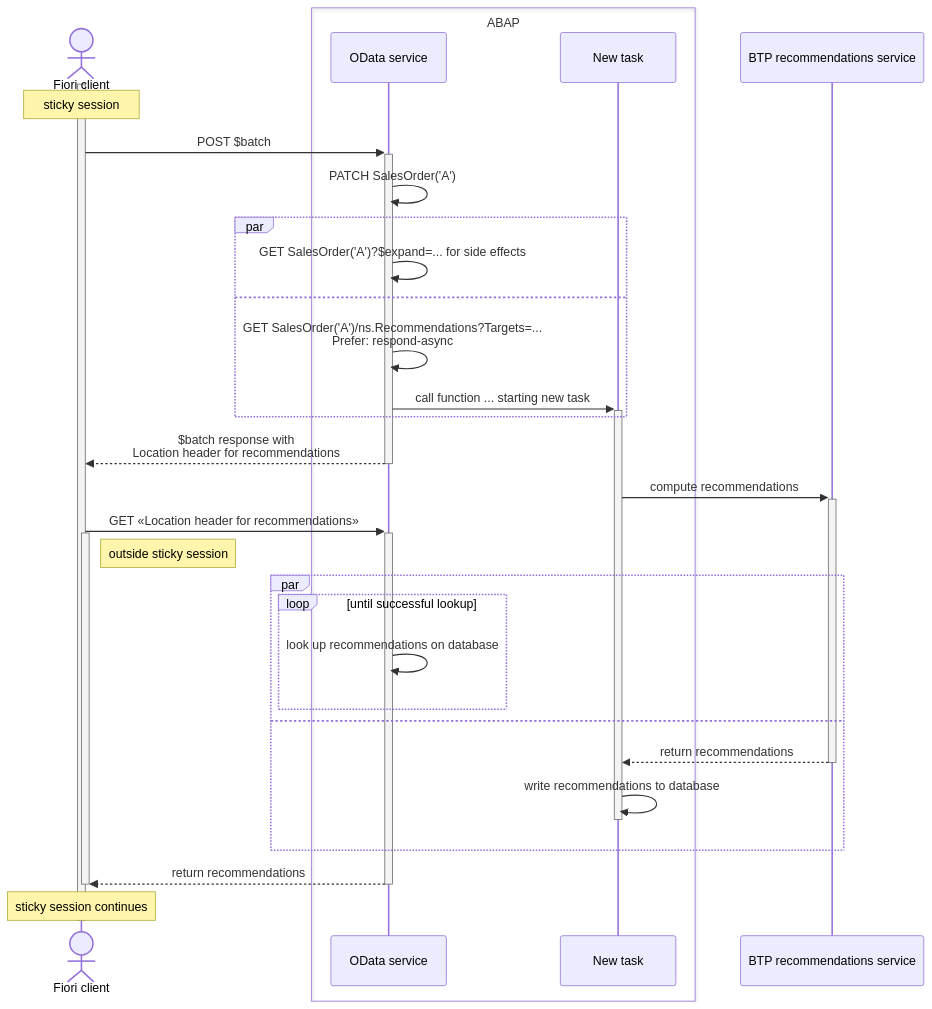
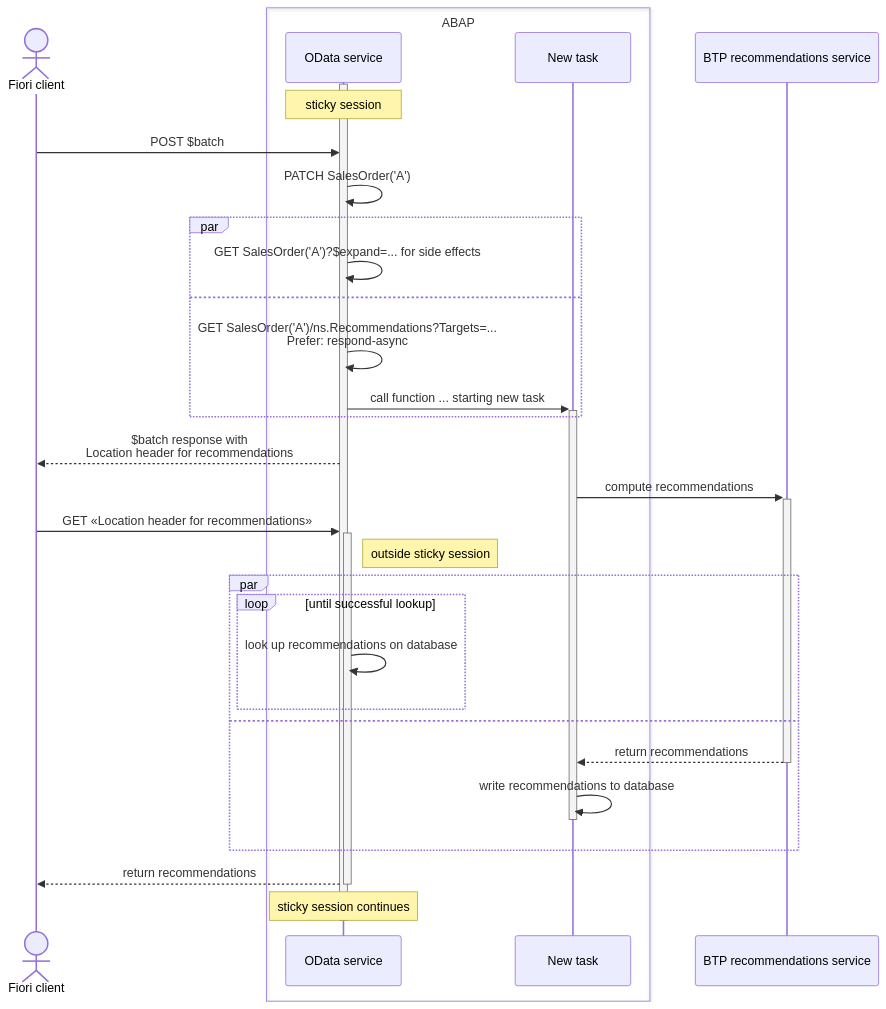
Before and after one commit to SAP/odata-vocabularies: the first of 2 diagrams in docs/recommendations.md, drawn with Mermaid. The commit also changed other lines of this file, not shown here.

Commit message:
Sessions are on server, not client

````diff
--- a/docs/recommendations.md
+++ b/docs/recommendations.md
@@ -3,37 +3,35 @@
 ```mermaid
 sequenceDiagram
   actor client as Fiori client
   box ABAP
     participant server as OData service
     participant task as New task
   end
   participant AI as BTP recommendations service
-  activate client
-  note over client: sticky session
-  client ->>+ server: POST $batch
+  activate server
+  note over server: sticky session
+  client ->> server: POST $batch
   server ->> server: PATCH SalesOrder('A')
   par
     server ->> server: GET SalesOrder('A')?$expand=... for side effects
   and
     server ->> server: GET SalesOrder('A')/ns.Recommendations?Targets=...<br>Prefer: respond-async
     server ->>+ task: call function ... starting new task
   end
-  server -->>- client: $batch response with<br>Location header for recommendations
+  server -->> client: $batch response with<br>Location header for recommendations
   task ->>+ AI: compute recommendations
   client ->>+ server: GET «Location header for recommendations»
-  activate client
-  note right of client: outside sticky session
+  note right of server: outside sticky session
   par
     loop until successful lookup
      server ->> server: look up recommendations on database
     end
   and
     AI -->>- task: return recommendations
     task ->> task: write recommendations to database
     deactivate task
   end
   server -->>- client: return recommendations
-  deactivate client
-  note over client: sticky session continues
-  deactivate client
+  note over server: sticky session continues
+  deactivate server
 ```
````
